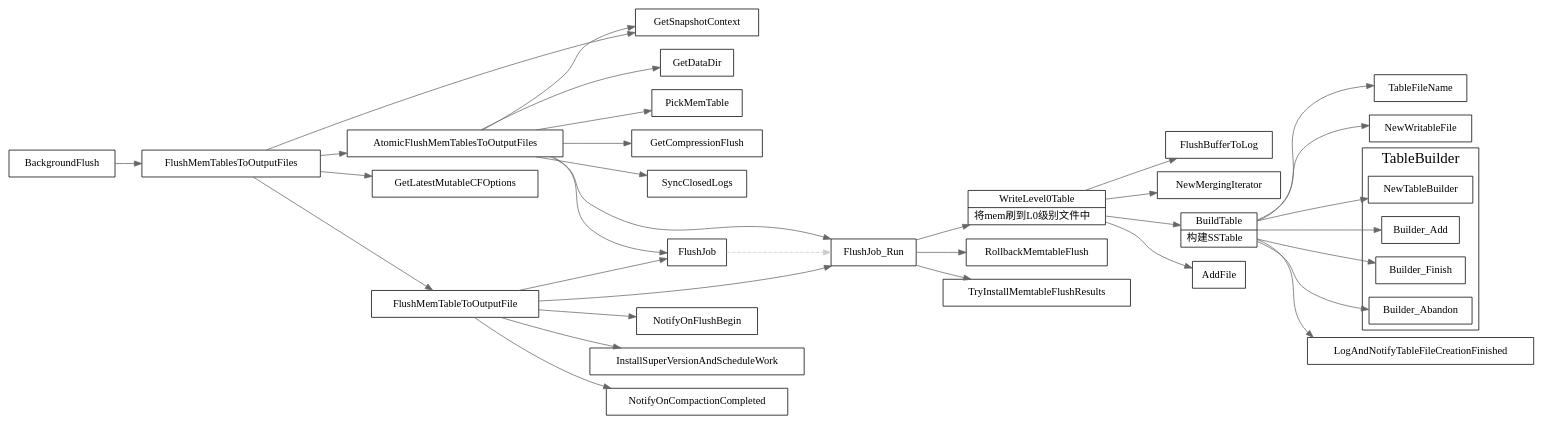
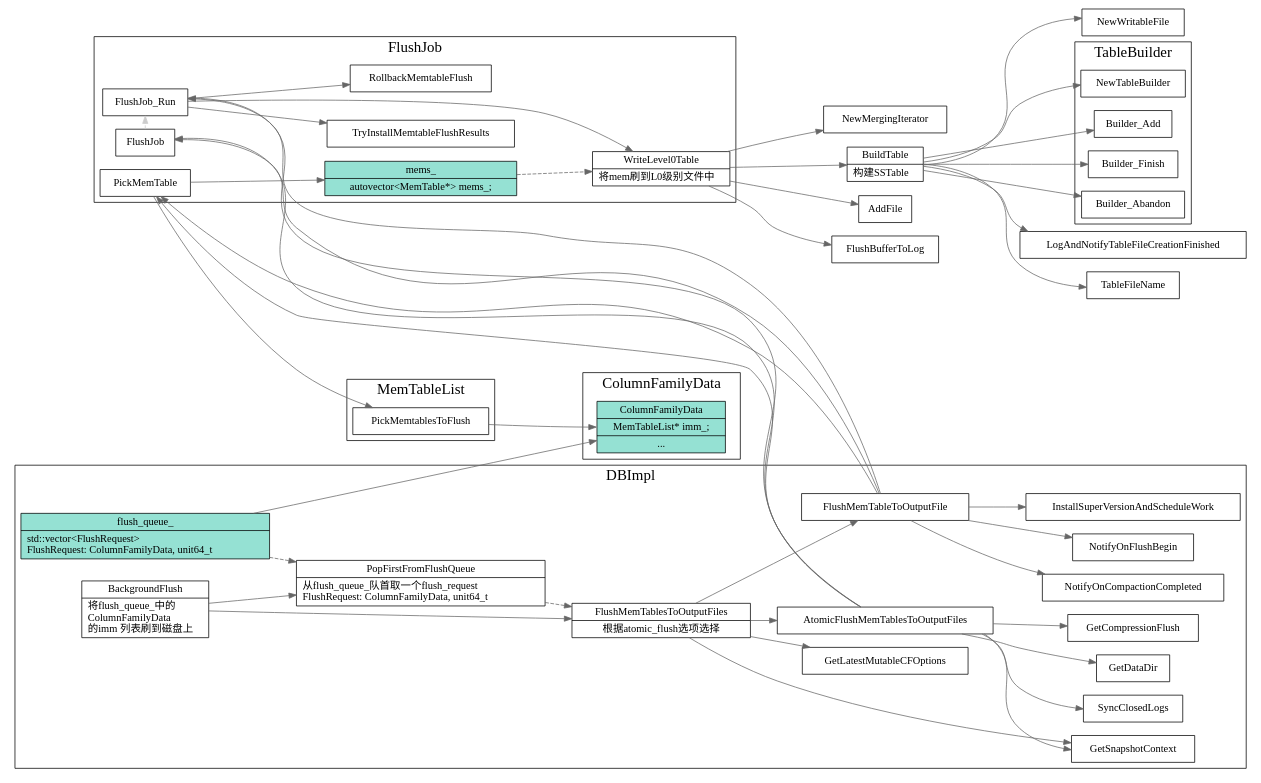
Before and after one commit to xieyu/blog: the diagram in src/rocksdb/background-flush.dot, drawn with Graphviz. The commit also changed 6 other files, not shown here.

Commit message:
add flush data flow overview graph

```diff
--- a/src/rocksdb/background-flush.dot
+++ b/src/rocksdb/background-flush.dot
@@ -1,76 +1,161 @@
 digraph background_flushtitl {
   node[shape=box];
   edge[color=gray40];
   newrank=true;
   rankdir=LR;
-  BackgroundFlush -> {
-    FlushMemTablesToOutputFiles;
-  }
-  FlushMemTablesToOutputFiles -> {
-    AtomicFlushMemTablesToOutputFiles;
-    GetSnapshotContext;
-    GetLatestMutableCFOptions;
-    FlushMemTableToOutputFile;
+  subgraph cluster_MemTableList {
+    graph[label="MemTableList";fontsize=20;];
+    PickMemtablesToFlush;
   }
 
-  AtomicFlushMemTablesToOutputFiles -> {
-    GetDataDir;
-    GetSnapshotContext;
-    FlushJob;
-    PickMemTable;
-    GetCompressionFlush;
-    SyncClosedLogs;
-    FlushJob_Run
+  subgraph cluster_ColumnFamilyData {
+    graph[label="ColumnFamilyData";fontsize=20;];
+    ColumnFamilyData[shape="record";
+      fillcolor="#95e1d3"
+      style=filled;
+      label="{{
+        ColumnFamilyData|
+          <MemTableList> MemTableList* imm_;|
+          ...
+      }}";
+    ];
+    PickMemtablesToFlush -> ColumnFamilyData:MemTableList;
   }
 
-  FlushMemTableToOutputFile -> {
-    FlushJob;
-    NotifyOnFlushBegin;
-    FlushJob_Run;
-    InstallSuperVersionAndScheduleWork;
-    NotifyOnCompactionCompleted;
-  }
-  FlushJob -> FlushJob_Run[style=dashed;color=gray80];
-
-  FlushJob_Run -> {
-    WriteLevel0Table;
-    RollbackMemtableFlush;
-    TryInstallMemtableFlushResults;
+  subgraph cluster_FlushJob {
+    graph[label="FlushJob";fontsize=20;];
+    PickMemTable -> PickMemtablesToFlush;
+    PickMemTable -> mems_;
+    mems_[
+      shape="record";
+      fillcolor="#95e1d3"
+      style=filled;
+      label="{{
+        mems_|
+          autovector\<MemTable*\> mems_;
+      }}";
+    ];
+    mems_ -> WriteLevel0Table[style=dashed;color=gray40];
+    FlushJob -> FlushJob_Run[style=dashed;color=gray80];
+    FlushJob_Run -> {
+      WriteLevel0Table;
+      RollbackMemtableFlush;
+      TryInstallMemtableFlushResults;
+    }
+    WriteLevel0Table[shape="record";
+      label="{{
+        WriteLevel0Table|
+        将mem刷到L0级别文件中\l
+      }}";
+    ];
   }
 
-  WriteLevel0Table[shape="record";
-    label="{{
-      WriteLevel0Table|
-      将mem刷到L0级别文件中\l
-    }}";
-  ];
+  subgraph cluster_DBImpl {
+    graph[label="DBImpl";fontsize=20;];
+    flush_queue_[
+      shape="record";
+      fillcolor="#95e1d3"
+      style=filled;
+      label="{{
+        flush_queue_|
+          std::vector\<FlushRequest\> \l
+          FlushRequest: ColumnFamilyData, unit64_t\l
+      }}";
+    ];
+    BackgroundFlush[shape="record";
+      label="{{
+        BackgroundFlush|
+        将flush_queue_中的\l 
+        ColumnFamilyData\l
+        的imm 列表刷到磁盘上\l
+      }}";
+    ];
+    flush_queue_ -> ColumnFamilyData;
+    flush_queue_ -> PopFirstFromFlushQueue[style=dashed;color=gray40];
+    FlushMemTablesToOutputFiles
+    FlushMemTableToOutputFile;
+    AtomicFlushMemTablesToOutputFiles;
+    BackgroundFlush -> {
+      PopFirstFromFlushQueue;
+      FlushMemTablesToOutputFiles;
+    }
+    PopFirstFromFlushQueue[shape="record";
+      label="{{
+        PopFirstFromFlushQueue|
+        从flush_queue_队首取一个flush_request\l
+        FlushRequest: ColumnFamilyData, unit64_t\l
+      }}";
+    ];
+    FlushMemTablesToOutputFiles[shape="record";
+      label="{{
+        FlushMemTablesToOutputFiles|
+        根据atomic_flush选项选择
+      }}";
+    ];
+
+    FlushMemTablesToOutputFiles -> {
+      AtomicFlushMemTablesToOutputFiles
+      GetSnapshotContext;
+      GetLatestMutableCFOptions;
+      FlushMemTableToOutputFile;
+    }
+
+    AtomicFlushMemTablesToOutputFiles -> {
+      GetDataDir;
+      GetSnapshotContext;
+      FlushJob;
+      PickMemTable;
+      GetCompressionFlush;
+      SyncClosedLogs;
+      FlushJob_Run
+    }
+
+    FlushMemTableToOutputFile -> {
+      FlushJob;
+      NotifyOnFlushBegin;
+      PickMemTable;
+      FlushJob_Run;
+      InstallSuperVersionAndScheduleWork;
+      NotifyOnCompactionCompleted;
+    }
+  }
+
   WriteLevel0Table -> {
     FlushBufferToLog;
     NewMergingIterator;
     BuildTable;
     AddFile;
   }
 
   BuildTable[shape="record";
     label="{{
       BuildTable|
       构建SSTable\l
     }}";
   ];
   BuildTable -> {
     TableFileName;
     NewWritableFile;
     NewTableBuilder;
     Builder_Add;
     Builder_Finish;
     Builder_Abandon;
     LogAndNotifyTableFileCreationFinished;
   }
   subgraph cluster_TableBuilder {
     graph[label="TableBuilder";fontsize=20;];
     NewTableBuilder;
     Builder_Add;
     Builder_Finish;
     Builder_Abandon;
   }
+
+  //rank
+  {rank=same;flush_queue_;FlushJob;PickMemTable;FlushJob_Run}
+
+  // dataflow depend
+  {
+    edge[style=dashed;color=gray40];
+    PopFirstFromFlushQueue -> FlushMemTablesToOutputFiles;
+  }
 }
```
